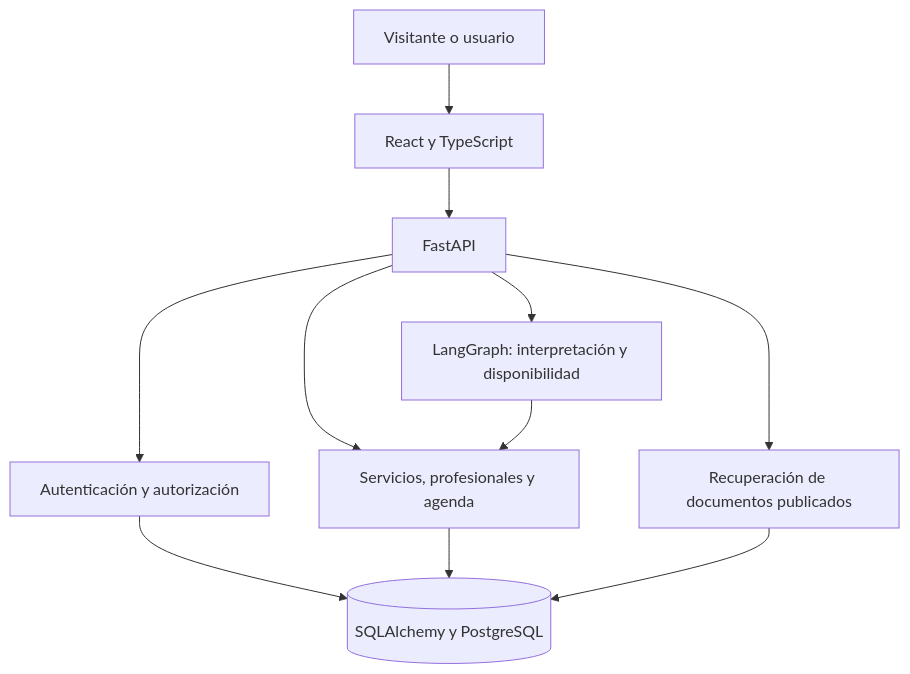
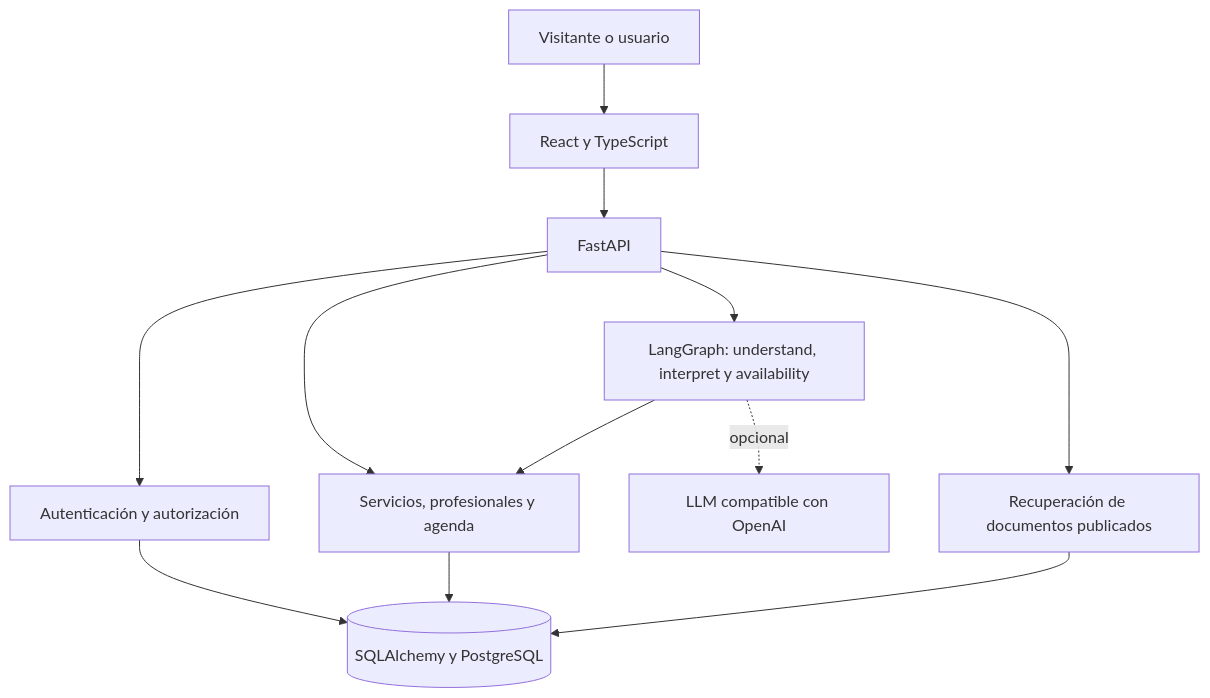
The diagram in docs/ARQUITECTURA_TFM.md (Ciscojes/Orquentiva-tecnologies), drawn with Mermaid before and after one commit. The commit also changed other lines of this file and 42 other files, not shown here.

Commit message:
interpretación opcional con LLM, despliegue Docker y unificación de marca ORQENTIVA Technologies

````diff
--- a/docs/ARQUITECTURA_TFM.md
+++ b/docs/ARQUITECTURA_TFM.md
@@ -5,13 +5,14 @@
 ```mermaid
 flowchart TD
   U[Visitante o usuario] --> R[React y TypeScript]
   R --> F[FastAPI]
   F --> A[Autenticación y autorización]
   F --> B[Servicios, profesionales y agenda]
-  F --> G[LangGraph: interpretación y disponibilidad]
+  F --> G[LangGraph: understand, interpret y availability]
+  G -. opcional .-> L[LLM compatible con OpenAI]
   F --> K[Recuperación de documentos publicados]
   A --> D[(SQLAlchemy y PostgreSQL)]
   B --> D
   G --> B
   K --> D
 ```
````
